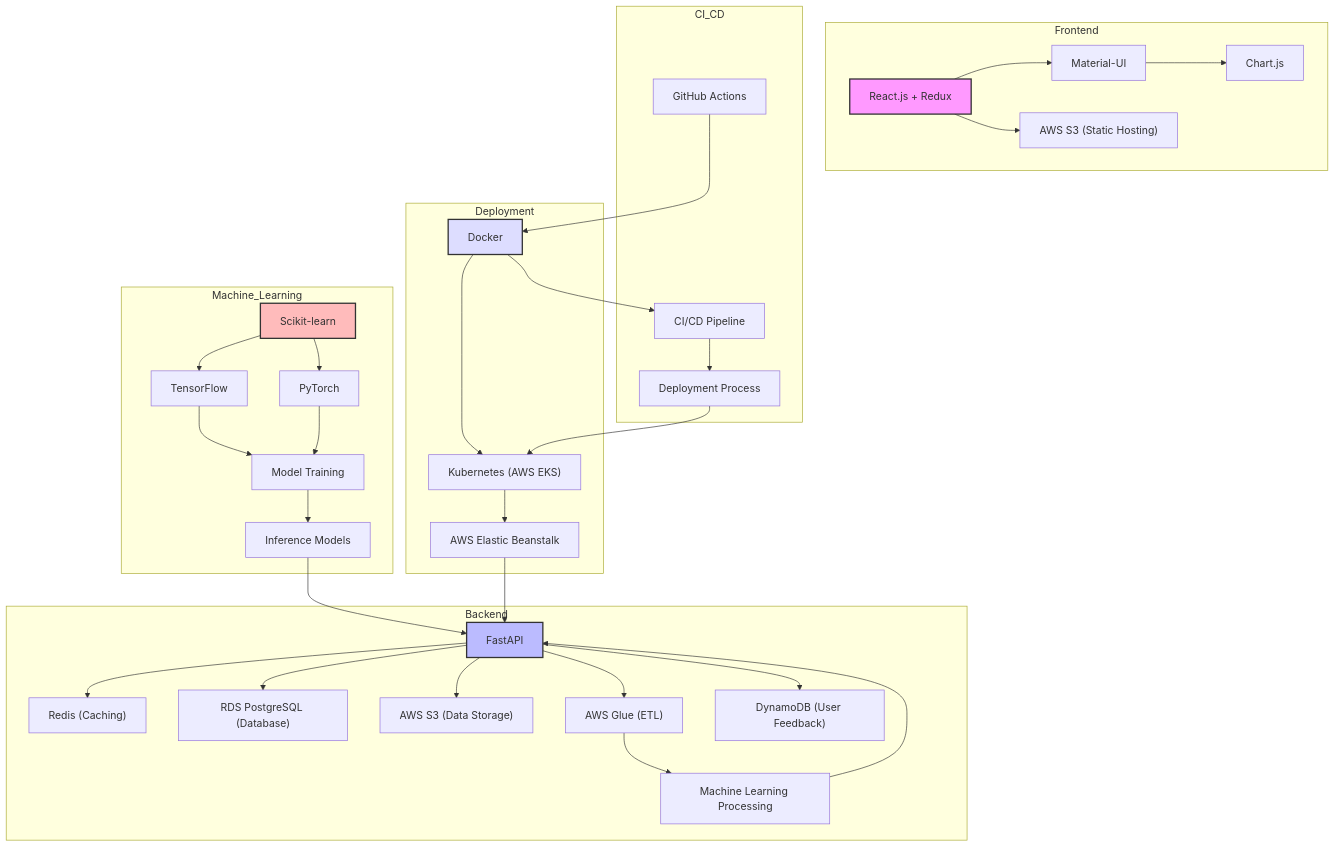
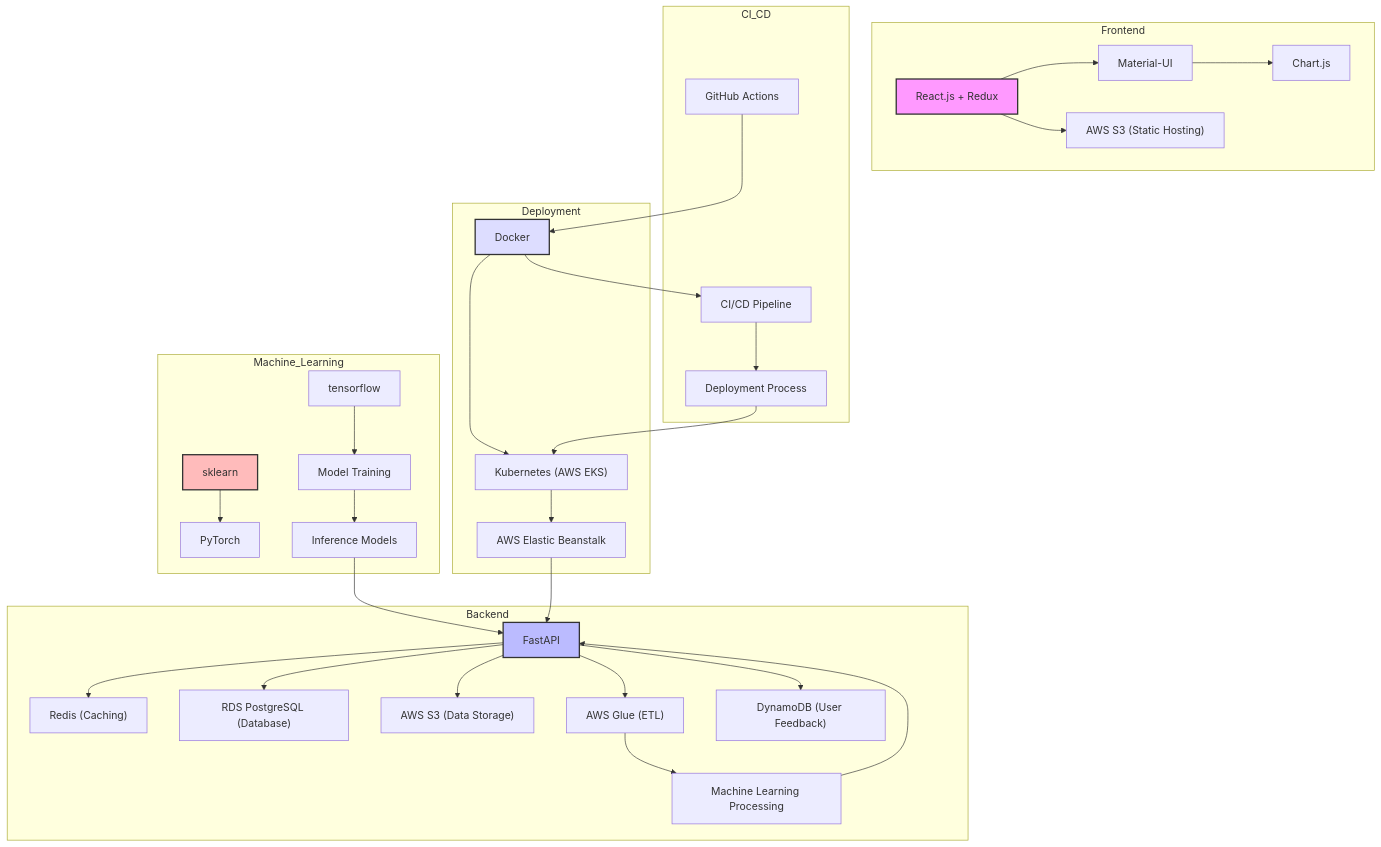
Before and after one commit to LNshuti/oil-price-dashboard: the diagram in README.md, drawn with Mermaid.

Commit message:
remove redundant diagrams

````diff
--- a/README.md
+++ b/README.md
@@ -9,45 +9,43 @@
 ```mermaid
 graph TD;
     subgraph Frontend
         react["React.js + Redux"] --> materialui["Material-UI"]
         materialui --> chartjs["Chart.js"]
         react --> s3frontend["AWS S3 (Static Hosting)"]
     end
 
     subgraph Backend
         fastapi["FastAPI"] --> redis["Redis (Caching)"]
         fastapi --> rds["RDS PostgreSQL (Database)"]
         fastapi --> s3data["AWS S3 (Data Storage)"]
         fastapi --> glue["AWS Glue (ETL)"]
         fastapi --> dynamodb["DynamoDB (User Feedback)"]
         glue --> ml["Machine Learning Processing"]
         ml --> fastapi
     end
 
     subgraph Machine_Learning
-        sklearn["Scikit-learn"] --> tensorflow["TensorFlow"]
         sklearn --> pytorch["PyTorch"]
         tensorflow --> training["Model Training"]
-        pytorch --> training
         training --> infer["Inference Models"]
         infer --> fastapi
     end
 
     subgraph Deployment
         docker["Docker"] --> kubernetes["Kubernetes (AWS EKS)"]
         kubernetes --> elasticbeanstalk["AWS Elastic Beanstalk"]
         elasticbeanstalk --> fastapi
     end
 
     subgraph CI_CD
         github["GitHub Actions"] --> docker
         docker --> ci["CI/CD Pipeline"]
         ci --> deployment["Deployment Process"]
         deployment --> kubernetes
     end
 
     style react fill:#f9f,stroke:#333,stroke-width:2px
     style fastapi fill:#bbf,stroke:#333,stroke-width:2px
     style sklearn fill:#fbb,stroke:#333,stroke-width:2px
     style docker fill:#ddf,stroke:#333,stroke-width:2px
 ```
````
